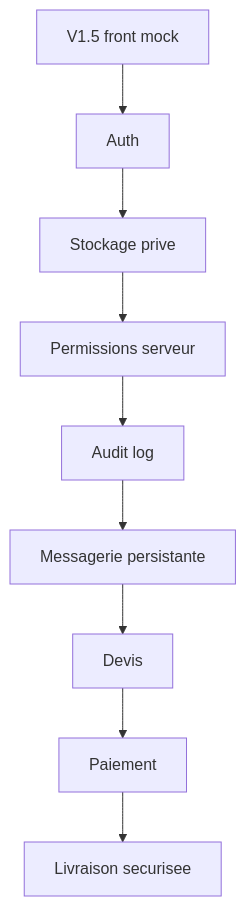
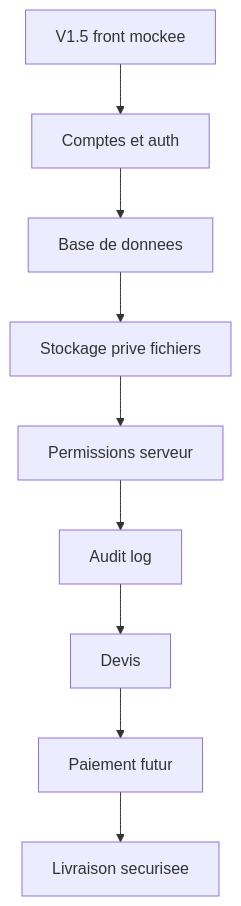
One commit to RAYAN-DOB/vellum changed the diagram in docs/v2-roadmap.md. Above: the diagram before and after it, drawn with Mermaid. The commit also changed other lines of this file and 42 other files, not shown here.

Commit message:
Rebuild visual identity with architectural premium UI

````diff
--- a/docs/v2-roadmap.md
+++ b/docs/v2-roadmap.md
@@ -18,11 +5,11 @@
 ```mermaid
 flowchart TD
-  V15["V1.5 front mock"] --> Auth["Auth"]
-  Auth --> Storage["Stockage prive"]
+  V15["V1.5 front mockee"] --> Auth["Comptes et auth"]
+  Auth --> Data["Base de donnees"]
+  Data --> Storage["Stockage prive fichiers"]
   Storage --> Permissions["Permissions serveur"]
   Permissions --> Audit["Audit log"]
-  Audit --> Messaging["Messagerie persistante"]
-  Messaging --> Quote["Devis"]
-  Quote --> Payment["Paiement"]
+  Audit --> Quotes["Devis"]
+  Quotes --> Payment["Paiement futur"]
   Payment --> Delivery["Livraison securisee"]
 ```
````
